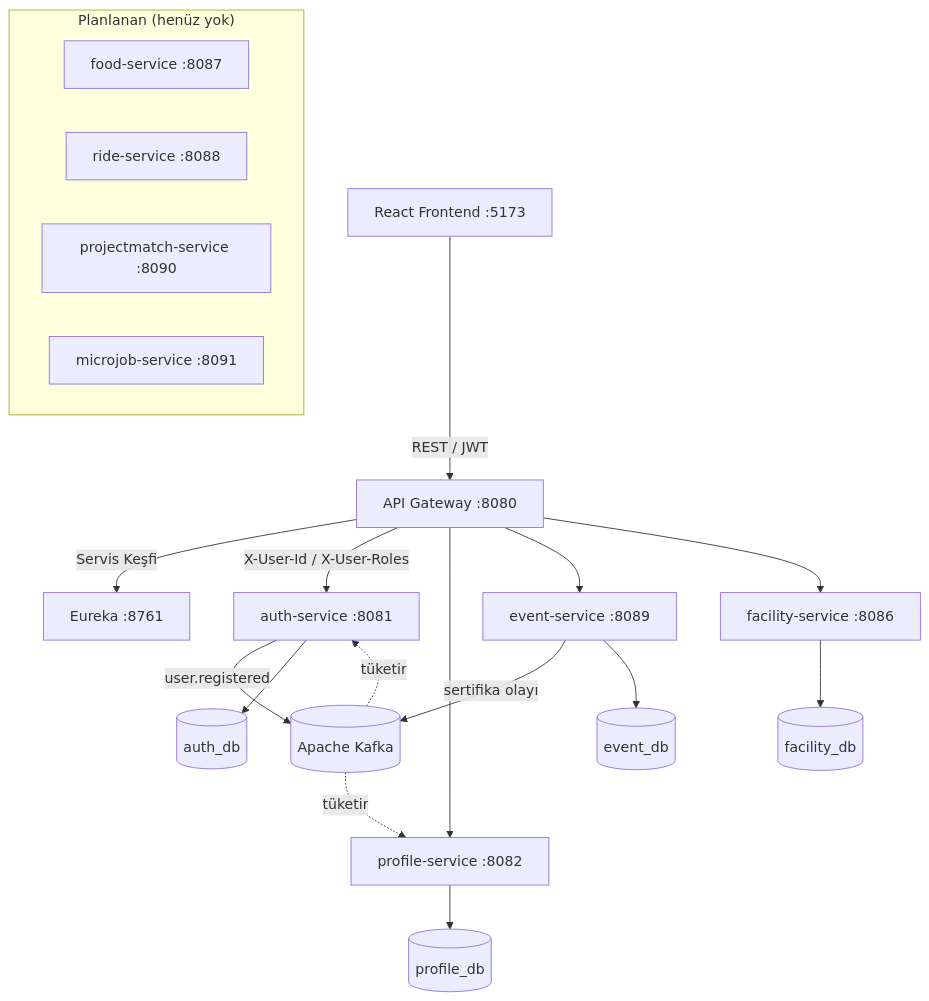
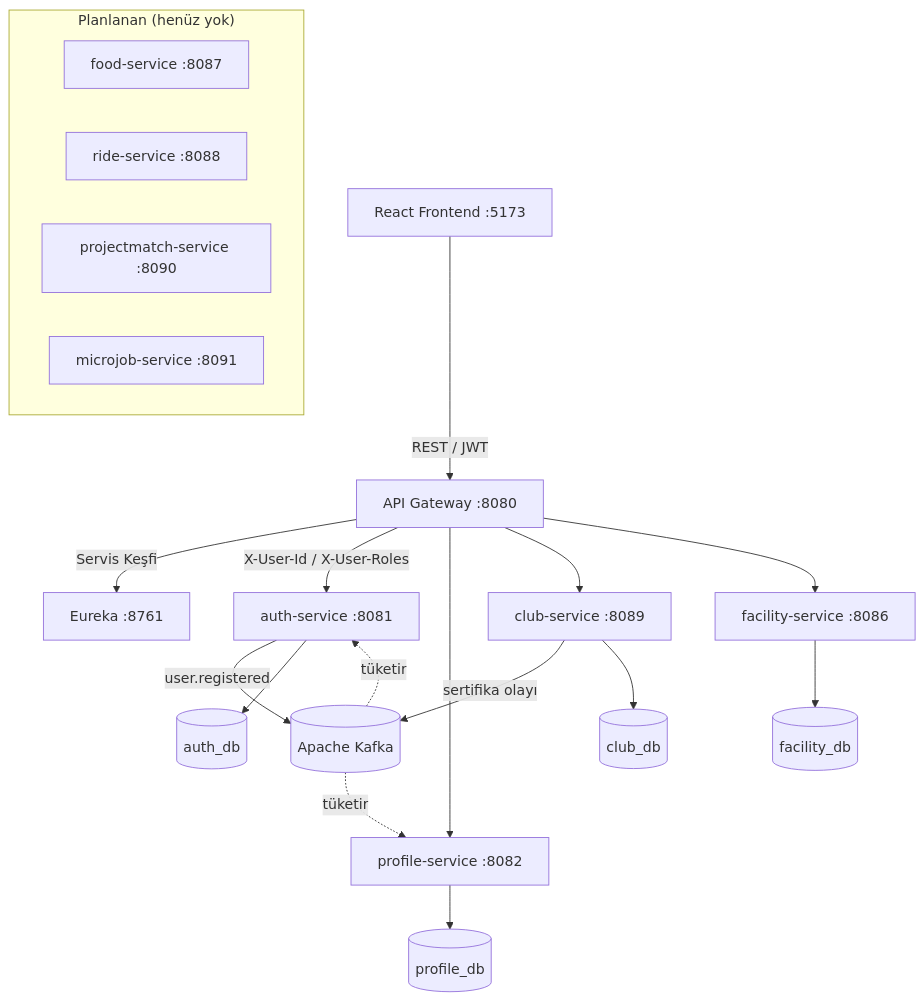
One commit to tolguner/IsikCampusOS changed the diagram in docs/proje/02-mimari.md. Above: the diagram before and after it, drawn with Mermaid. The commit also changed other lines of this file and 163 other files, not shown here.

First line of the commit message:
event-service -> club-service tam yeniden adlandırma (kulüp-merkezli)

````diff
--- a/docs/proje/02-mimari.md
+++ b/docs/proje/02-mimari.md
@@ -109,26 +109,26 @@
 ```mermaid
 flowchart TD
     Client[React Frontend :5173] -->|REST / JWT| Gateway[API Gateway :8080]
     Gateway -->|Servis Keşfi| Eureka[Eureka :8761]
     Gateway -->|X-User-Id / X-User-Roles| Auth[auth-service :8081]
     Gateway --> Profile[profile-service :8082]
-    Gateway --> Event[event-service :8089]
+    Gateway --> Event[club-service :8089]
     Gateway --> Facility[facility-service :8086]
 
     Auth -->|user.registered| Kafka[(Apache Kafka)]
     Kafka -.->|tüketir| Profile
     Event -->|sertifika olayı| Kafka
     Kafka -.->|tüketir| Auth
 
     Auth --> AuthDB[(auth_db)]
     Profile --> ProfDB[(profile_db)]
-    Event --> EventDB[(event_db)]
+    Event --> EventDB[(club_db)]
     Facility --> FacDB[(facility_db)]
 
     subgraph "Planlanan (henüz yok)"
         Food[food-service :8087]
         Ride[ride-service :8088]
         ProjMatch[projectmatch-service :8090]
         MicroJob[microjob-service :8091]
     end
 ```
````
